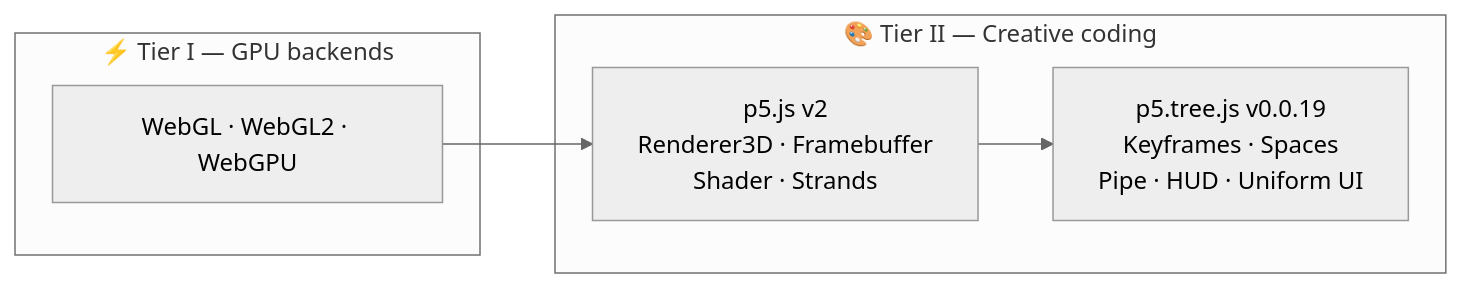
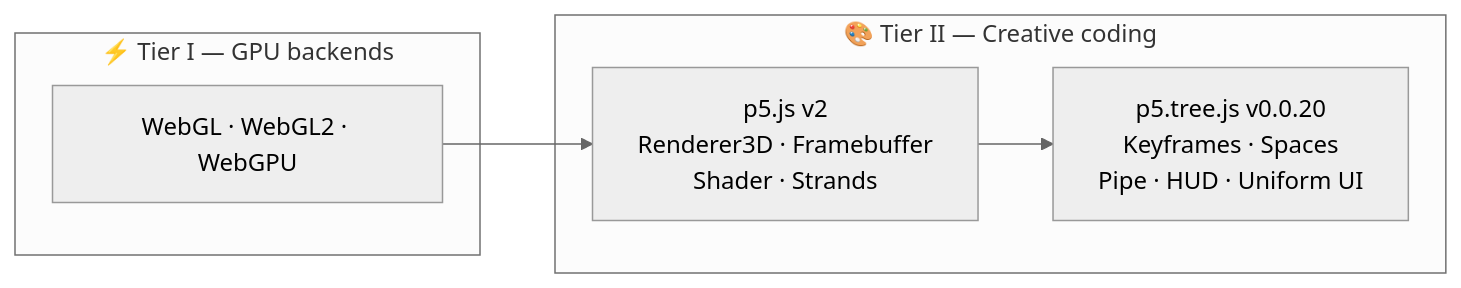
One commit to ABJ-d/tree changed the fourth of 6 diagrams in slides.md. Above: the diagram before and after it, drawn with Mermaid (neutral theme). The commit also changed other lines of this file and 188 other files, not shown here.

````diff
--- a/slides.md
+++ b/slides.md
@@ -121,17 +121,17 @@
 ```mermaid
 flowchart LR
   subgraph T1["⚡ Tier I — GPU backends"]
     A["WebGL · WebGL2 · WebGPU"]
   end
 
   subgraph T2["🎨 Tier II — Creative coding"]
     B["p5.js v2
     Renderer3D · Framebuffer
     Shader · Strands"]
-    C["p5.tree.js v0.0.19
+    C["p5.tree.js v0.0.20
     Keyframes · Spaces
     Pipe · HUD · Uniform UI"]
   end
 
   A --> B --> C
 ```
````
